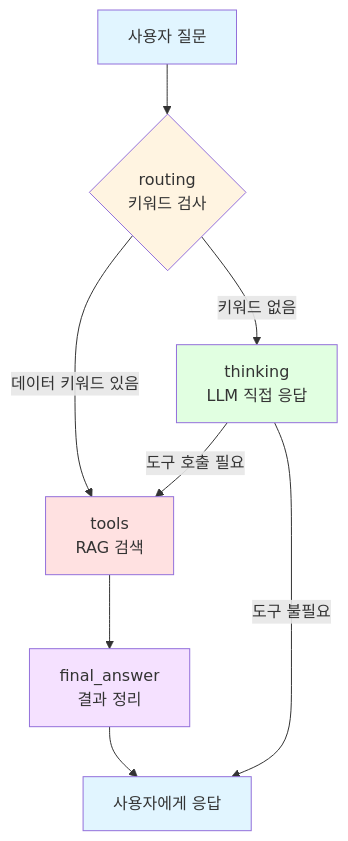
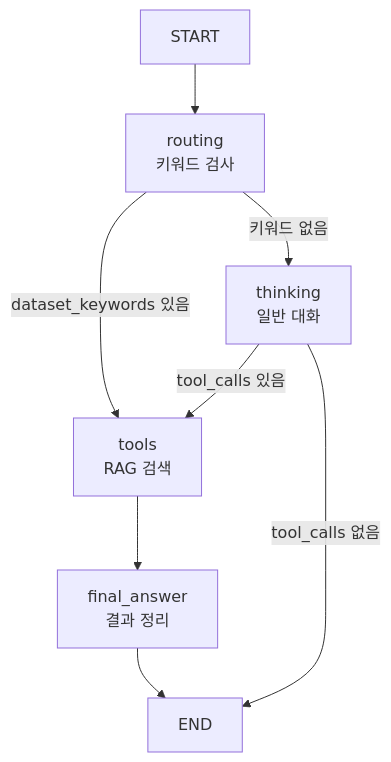
The diagram in LLM/agent_code_analysis.md (janghyunwoo2/DatasetExplorerAI), drawn with Mermaid before and after one commit. The commit also changed other lines of this file and 8 other files, not shown here.

````diff
--- a/LLM/agent_code_analysis.md
+++ b/LLM/agent_code_analysis.md
@@ -377,20 +35,13 @@
 ```mermaid
 graph TD
-    A[사용자 질문] --> B{routing<br/>키워드 검사}
+    A[START] --> B[routing<br/>키워드 검사]
     
-    B -->|데이터 키워드 있음| C[tools<br/>RAG 검색]
-    B -->|키워드 없음| D[thinking<br/>LLM 직접 응답]
+    B -->|dataset_keywords 있음| C[tools<br/>RAG 검색]
+    B -->|키워드 없음| D[thinking<br/>일반 대화]
     
     C --> E[final_answer<br/>결과 정리]
-    E --> F[사용자에게 응답]
+    E --> F[END]
     
-    D -->|도구 호출 필요| C
-    D -->|도구 불필요| F
-    
-    style A fill:#e1f5ff
-    style B fill:#fff4e1
-    style C fill:#ffe1e1
-    style D fill:#e1ffe1
-    style E fill:#f5e1ff
-    style F fill:#e1f5ff
+    D -->|tool_calls 있음| C
+    D -->|tool_calls 없음| F
 ```
````
